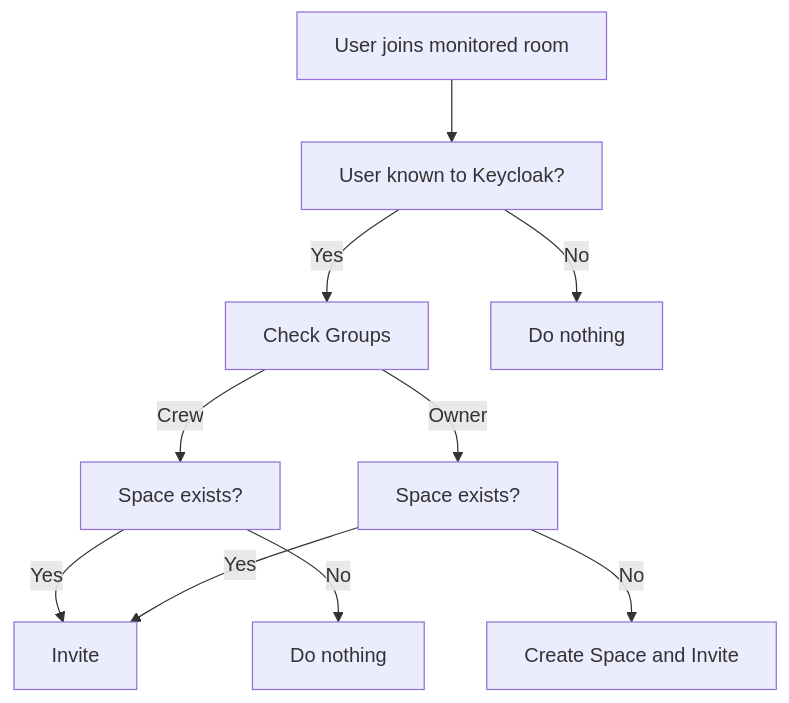
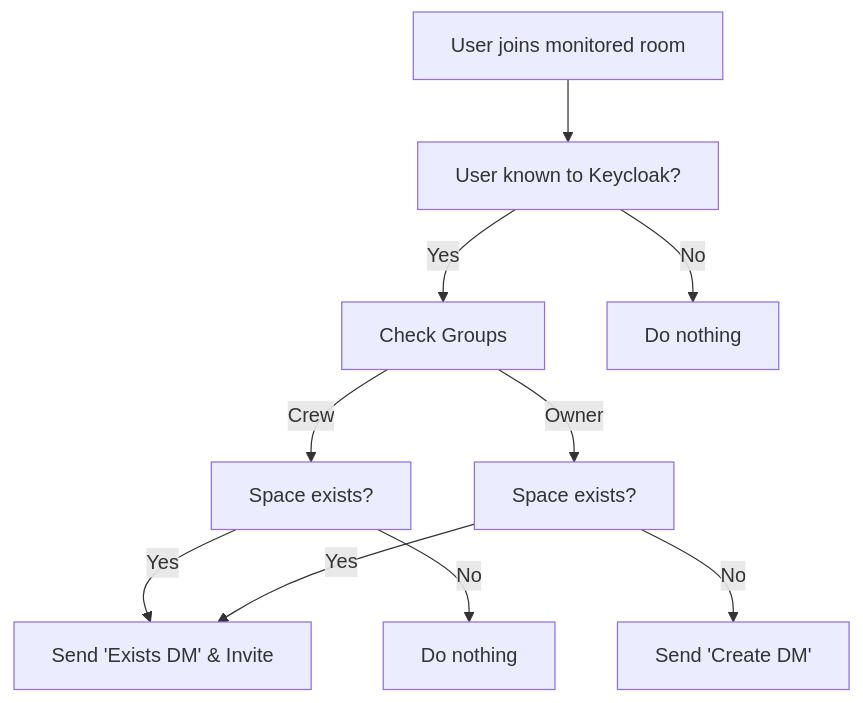
The diagram in README.md (Verbund-Offener-Werkstaetten/vow-matrix-invite-bot), drawn with Mermaid before and after one commit. The commit also changed other lines of this file and 2 other files, not shown here.

````diff
--- a/README.md
+++ b/README.md
@@ -4,12 +12,12 @@
 ```mermaid
 flowchart TD
     A[User joins monitored room] -->B[User known to Keycloak?]
     B -->|Yes| C[Check Groups]
     B -->|No| D[Do nothing]
     C -->|Crew| E[Space exists?]
     C -->|Owner| F[Space exists?]
-    E -->|Yes| G[Invite]
+    E -->|Yes| G[Send 'Exists DM' & Invite]
     E -->|No| H[Do nothing]
     F -->|Yes| G
-    F -->|No| J[Create Space and Invite]
+    F -->|No| J[Send 'Create DM']
  ```
````
